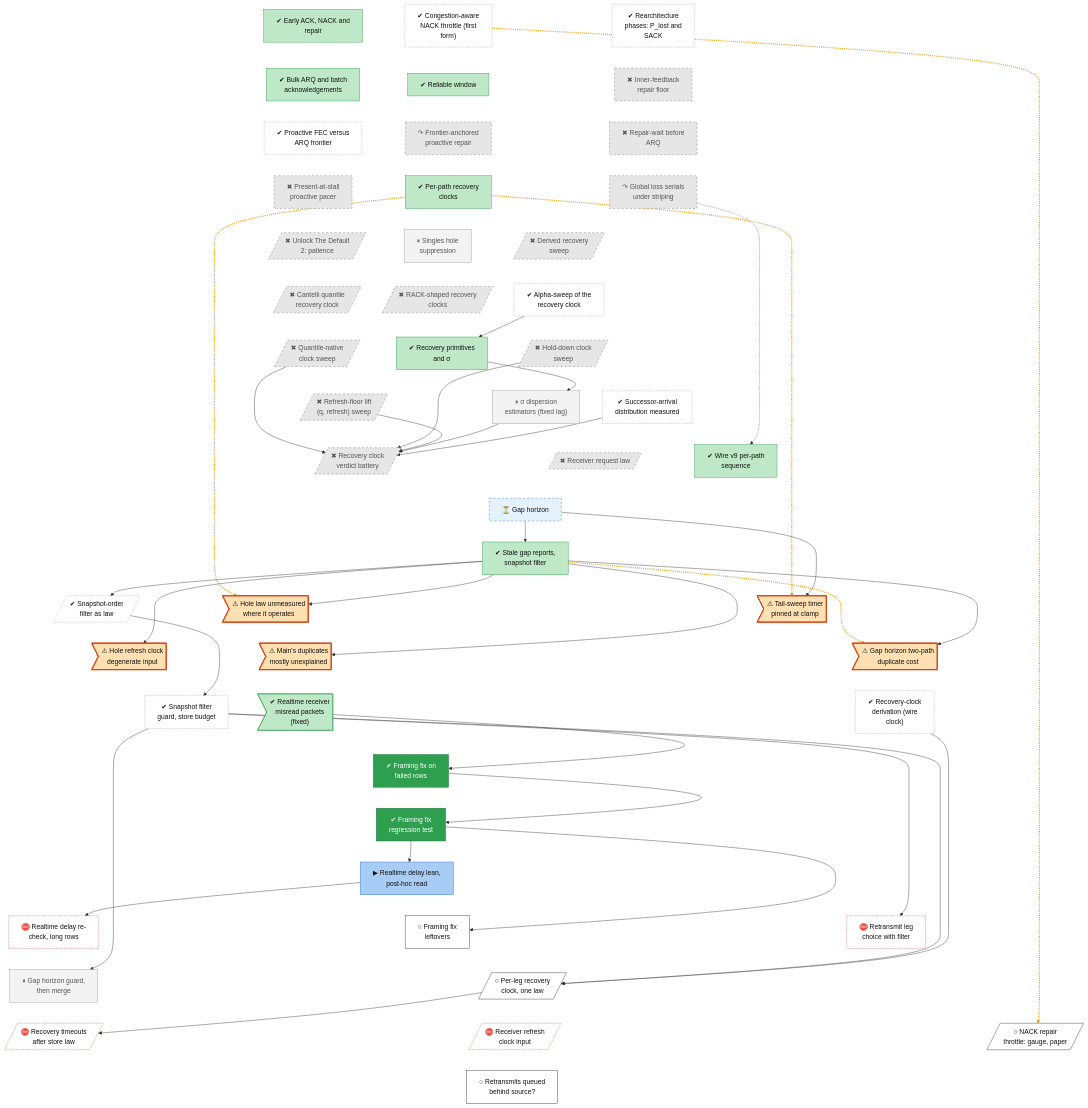
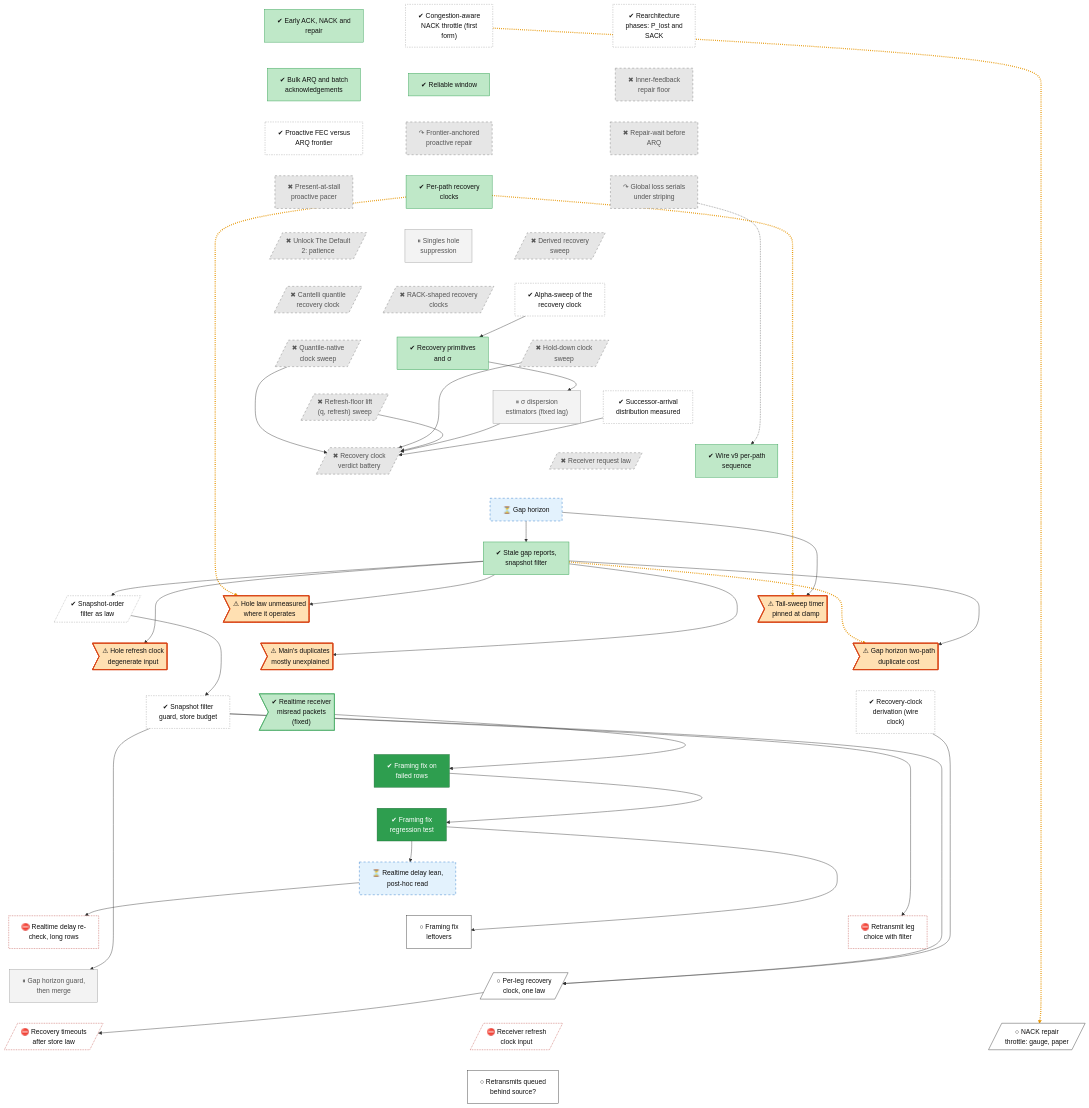
Before and after one commit to lhns/raptorpath: the diagram in docs/roadmap/tracks/rec.md, drawn with Mermaid. The commit also changed other lines of this file and 6 other files, not shown here.

````diff
--- a/docs/roadmap/tracks/rec.md
+++ b/docs/roadmap/tracks/rec.md
@@ -49,7 +49,7 @@
     rec_defect_realtime_framing>"✔ Realtime receiver<br/>misread packets<br/>(fixed)"]
     rec_s63_f2_first_contact["✔ Framing fix on<br/>failed rows"]
     rec_f2_merge_guard["✔ Framing fix<br/>regression test"]
-    rec_s64_delay_lean["▶ Realtime delay lean,<br/>post-hoc read"]
+    rec_s64_delay_lean["⏳ Realtime delay lean,<br/>post-hoc read"]
     rec_realtime_delay_recheck["⛔ Realtime delay re-<br/>check, long rows"]
     rec_framing_followups["○ Framing fix<br/>leftovers"]
     rec_w0_leg_question["⛔ Retransmit leg<br/>choice with filter"]
@@ -161,10 +161,9 @@
     class rec_nack_congestion,rec_plost_sack,rec_fec_vs_arq,rec_alpha_sweep,rec_successor_arrival,rec_snapver_law,rec_s54_session,rec_wire_clock_derivation unrated
     class rec_p10a_repair_floor,rec_inline_repair,rec_proactive_repair,rec_present_at_stall,rec_mp_serial,rec_patience_derived,rec_clock_candidates,rec_rack_clocks,rec_cantelli_clock,rec_qnative_clock,rec_holddown_clock,rec_refresh_floor,rec_goal101,rec_receiver_law dead
     class rec_recov_sp,rec_dispersion_est,rec_leverb_guard parked
-    class rec_gap_horizon waiting
+    class rec_gap_horizon,rec_s64_delay_lean waiting
     class rec_defect_qclk_clamp,rec_defect_hole_law,rec_defect_refresh_input,rec_leverb_c1d_cost,rec_defect_base_duplicates defect
     class rec_s63_f2_first_contact,rec_f2_merge_guard vsucc
-    class rec_s64_delay_lean inprog
     class rec_realtime_delay_recheck,rec_w0_leg_question,rec_recovery_timeouts,rec_fix_refresh_clock blocked
     class rec_framing_followups,rec_fix_perleg_clock_n1,rec_fix_nack_throttle,rec_retx_behind_source next
 ```
````
